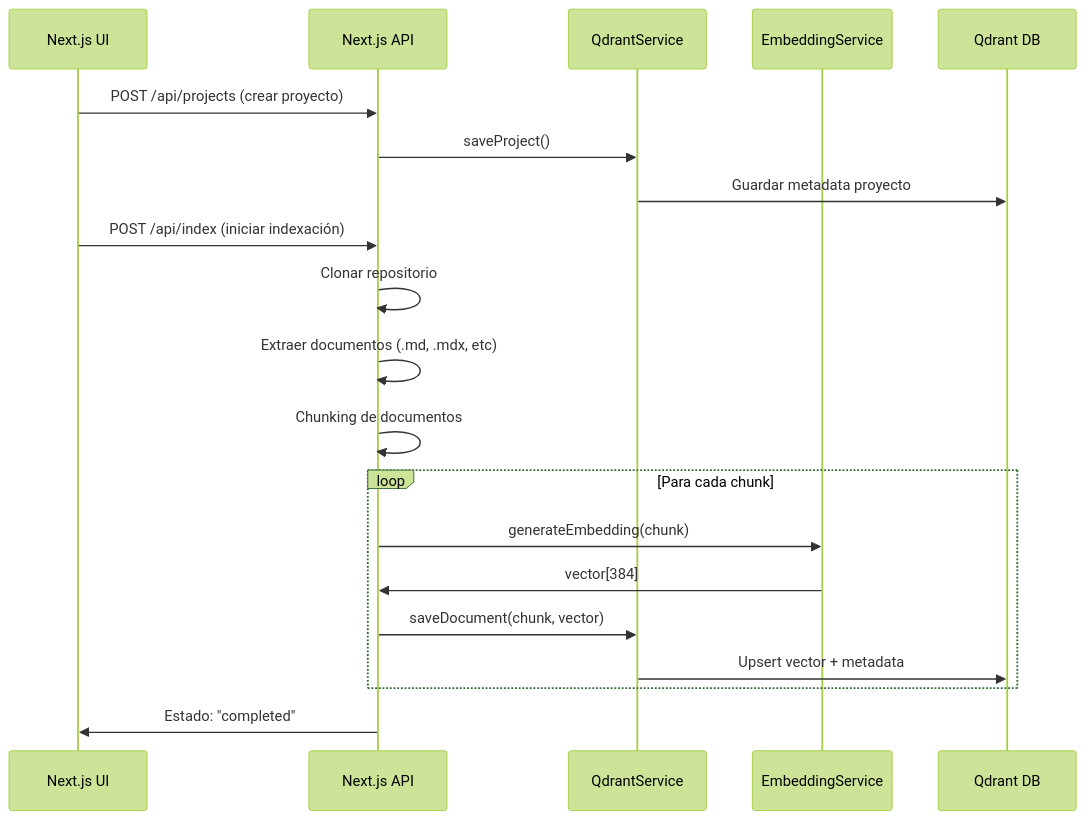
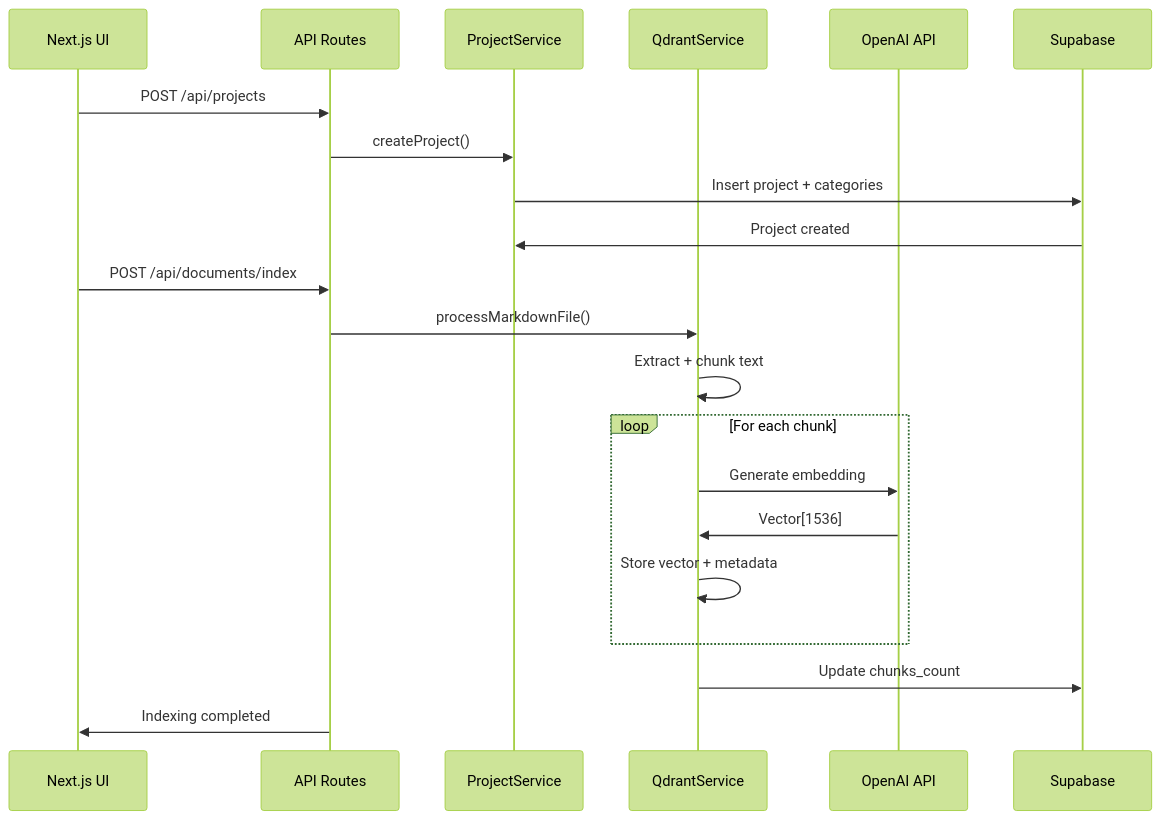
Before and after one commit to gilbertsahumada/mantle-hub-ecosysten-mcp: the third of 4 diagrams in README.md, drawn with Mermaid (forest theme). The commit also changed other lines of this file, not shown here.

````diff
--- a/README.md
+++ b/README.md
@@ -89,26 +192,27 @@
 ```mermaid
 sequenceDiagram
     participant UI as Next.js UI
-    participant API as Next.js API
-    participant QS as QdrantService
-    participant ES as EmbeddingService
-    participant QD as Qdrant DB
+    participant API as API Routes
+    participant SERVICE as ProjectService
+    participant QDRANT as QdrantService
+    participant OPENAI as OpenAI API
+    participant DB as Supabase
 
-    UI->>API: POST /api/projects (crear proyecto)
-    API->>QS: saveProject()
-    QS->>QD: Guardar metadata proyecto
+    UI->>API: POST /api/projects
+    API->>SERVICE: createProject()
+    SERVICE->>DB: Insert project + categories
+    DB->>SERVICE: Project created
     
-    UI->>API: POST /api/index (iniciar indexación)
-    API->>API: Clonar repositorio
-    API->>API: Extraer documentos (.md, .mdx, etc)
-    API->>API: Chunking de documentos
+    UI->>API: POST /api/documents/index
+    API->>QDRANT: processMarkdownFile()
+    QDRANT->>QDRANT: Extract + chunk text
     
-    loop Para cada chunk
-        API->>ES: generateEmbedding(chunk)
-        ES->>API: vector[384]
-        API->>QS: saveDocument(chunk, vector)
-        QS->>QD: Upsert vector + metadata
+    loop For each chunk
+        QDRANT->>OPENAI: Generate embedding
+        OPENAI->>QDRANT: Vector[1536]
+        QDRANT->>QDRANT: Store vector + metadata
     end
     
-    API->>UI: Estado: "completed"
+    QDRANT->>DB: Update chunks_count
+    API->>UI: Indexing completed
 ```
````
